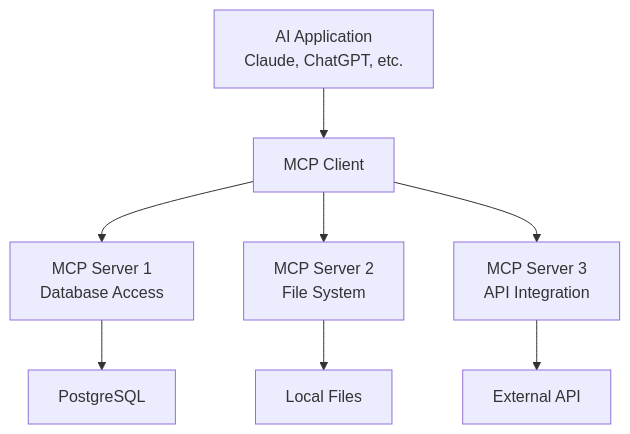
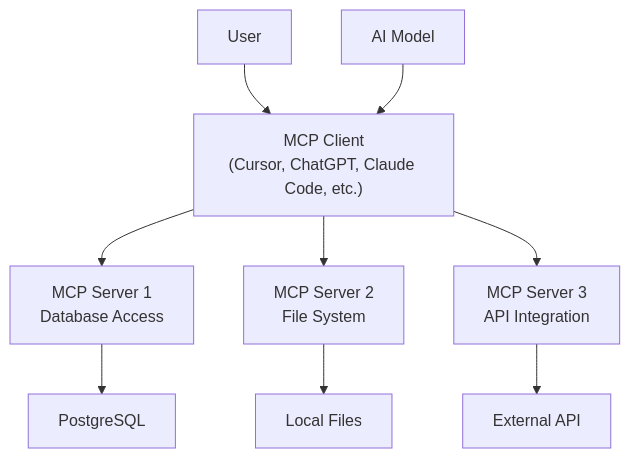
Before and after one commit to shinzo-labs/docs: the diagram in concepts/mcp.mdx, drawn with Mermaid. The commit also changed other lines of this file and 7 other files, not shown here.

````diff
--- a/concepts/mcp.mdx
+++ b/concepts/mcp.mdx
@@ -34,11 +32,12 @@
 ```mermaid
 graph TB
-    A[AI Application<br/>Claude, ChatGPT, etc.] --> B[MCP Client]
+    A[User] --> B["MCP Client<br/>(Cursor, ChatGPT, Claude Code, etc.)"]
     B --> C[MCP Server 1<br/>Database Access]
     B --> D[MCP Server 2<br/>File System]
     B --> E[MCP Server 3<br/>API Integration]
 
     C --> F[PostgreSQL]
     D --> G[Local Files]
     E --> H[External API]
+    I[AI Model] --> B
 ```
````
